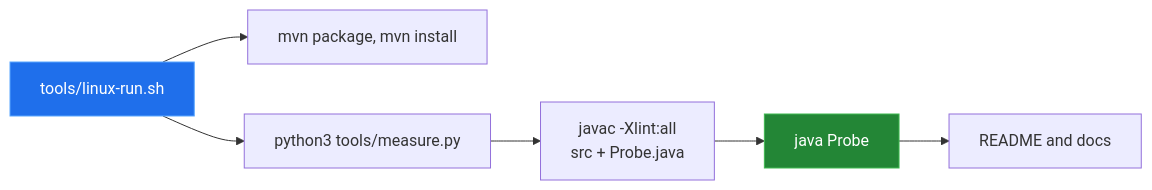
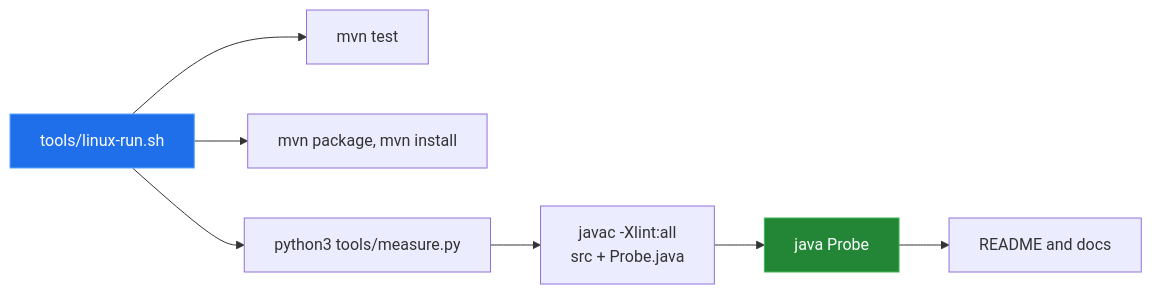
One commit to Bissbert/SwissToWGS4j changed the diagram in docs/measurement.md. Above: the diagram before and after it, drawn with Mermaid. The commit also changed other lines of this file and 7 other files, not shown here.

````diff
--- a/docs/measurement.md
+++ b/docs/measurement.md
@@ -20,11 +20,12 @@
 ```mermaid
 flowchart LR
-    L["tools/linux-run.sh"] --> B["mvn package, mvn install"]
+    L["tools/linux-run.sh"] --> U["mvn test"]
+    L --> B["mvn package, mvn install"]
     L --> P["python3 tools/measure.py"]
     P --> J["javac -Xlint:all<br/>src + Probe.java"]
     J --> R["java Probe"]
     R --> D["README and docs"]
 
     style L fill:#1f6feb,stroke:#58a6ff,color:#fff
     style R fill:#238636,stroke:#3fb950,color:#fff
 ```
````
